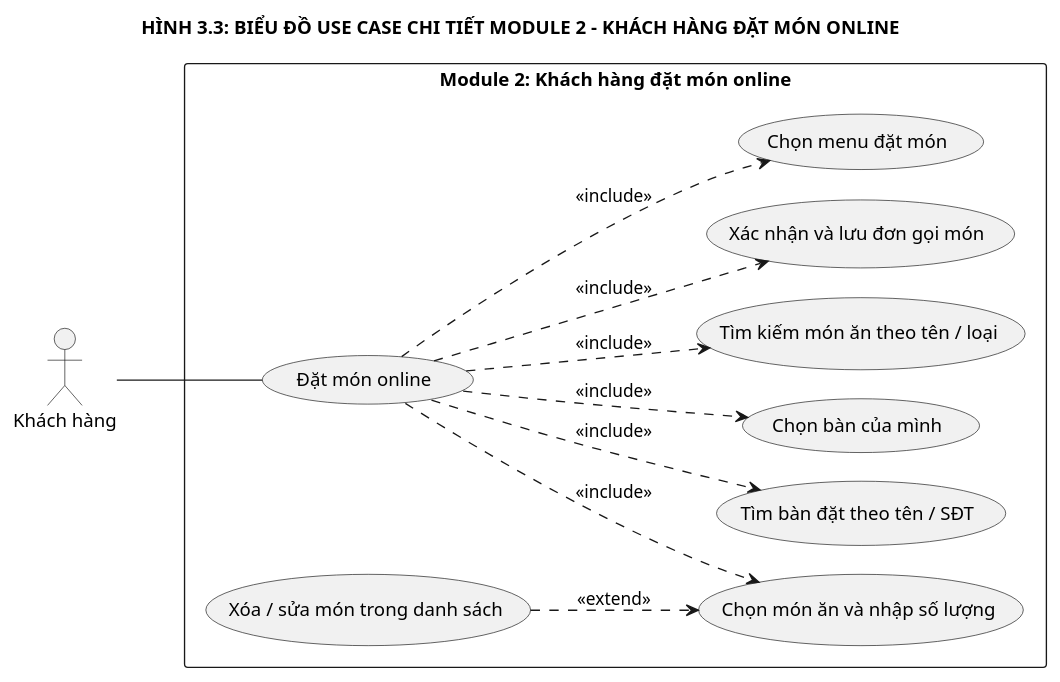
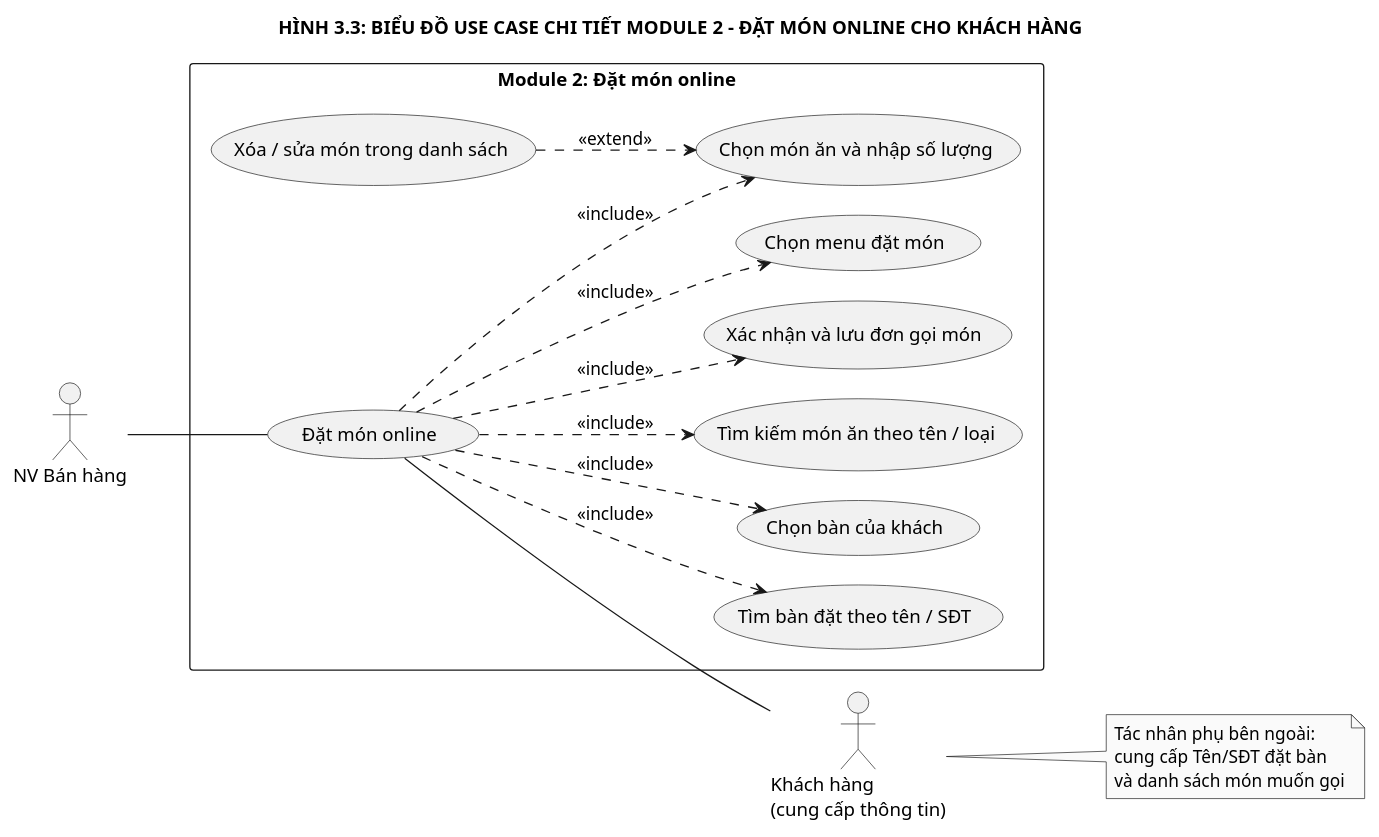
The diagram in docs/plantuml/dac_ta/Spec_03_UseCase_Module2.puml (NEWBIE1005/RMS_RestaurantManagementSystem), drawn with PlantUML before and after one commit. The commit also changed 30 other files, not shown here.

Commit message:
Align Module 2 across Spec/Analysis/Design/UI/Report with Sale Staff as primary operator and Customer as external info provider

```diff
--- a/docs/plantuml/dac_ta/Spec_03_UseCase_Module2.puml
+++ b/docs/plantuml/dac_ta/Spec_03_UseCase_Module2.puml
@@ -1,34 +1,42 @@
 @startuml Spec_03_UseCase_Module2
 left to right direction
 skinparam packageStyle rectangle
 skinparam monochrome true
 skinparam shadowing false
 skinparam nodesep 22
-skinparam ranksep 65
+skinparam ranksep 60
 
-title HÌNH 3.3: BIỂU ĐỒ USE CASE CHI TIẾT MODULE 2 - KHÁCH HÀNG ĐẶT MÓN ONLINE
+title HÌNH 3.3: BIỂU ĐỒ USE CASE CHI TIẾT MODULE 2 - ĐẶT MÓN ONLINE CHO KHÁCH HÀNG
 
-actor "Khách hàng" as Customer
+actor "NV Bán hàng" as Sale
+actor "Khách hàng\n(cung cấp thông tin)" as Customer
 
-rectangle "Module 2: Khách hàng đặt món online" {
+rectangle "Module 2: Đặt món online" {
     usecase "Đặt món online" as UC_OrderOnline
     usecase "Chọn menu đặt món" as UC_ChooseMenu
     usecase "Tìm bàn đặt theo tên / SĐT" as UC_FindTable
-    usecase "Chọn bàn của mình" as UC_ChooseTable
+    usecase "Chọn bàn của khách" as UC_ChooseTable
     usecase "Tìm kiếm món ăn theo tên / loại" as UC_SearchDish
     usecase "Chọn món ăn và nhập số lượng" as UC_SelectQty
     usecase "Xóa / sửa món trong danh sách" as UC_ModifyItem
     usecase "Xác nhận và lưu đơn gọi món" as UC_ConfirmOrder
 }
 
-Customer -- UC_OrderOnline
+Sale -- UC_OrderOnline
+UC_OrderOnline -- Customer
 
 UC_OrderOnline ..> UC_ChooseMenu : <<include>>
 UC_OrderOnline ..> UC_FindTable : <<include>>
 UC_OrderOnline ..> UC_ChooseTable : <<include>>
 UC_OrderOnline ..> UC_SearchDish : <<include>>
 UC_OrderOnline ..> UC_SelectQty : <<include>>
 UC_OrderOnline ..> UC_ConfirmOrder : <<include>>
 UC_ModifyItem ..> UC_SelectQty : <<extend>>
 
+note right of Customer
+  Tác nhân phụ bên ngoài:
+  cung cấp Tên/SĐT đặt bàn
+  và danh sách món muốn gọi
+end note
+
 @enduml
```
